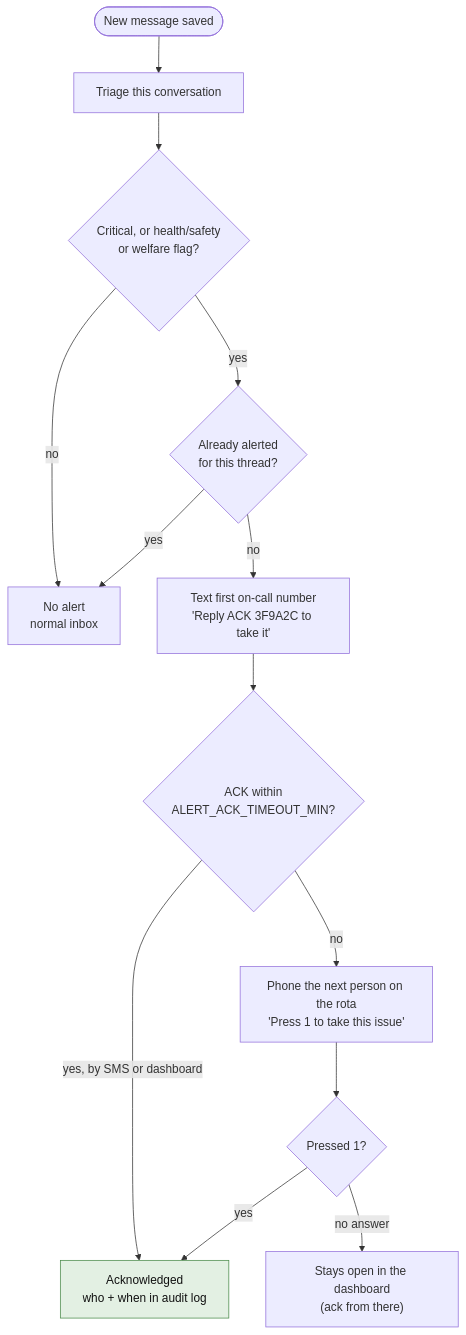
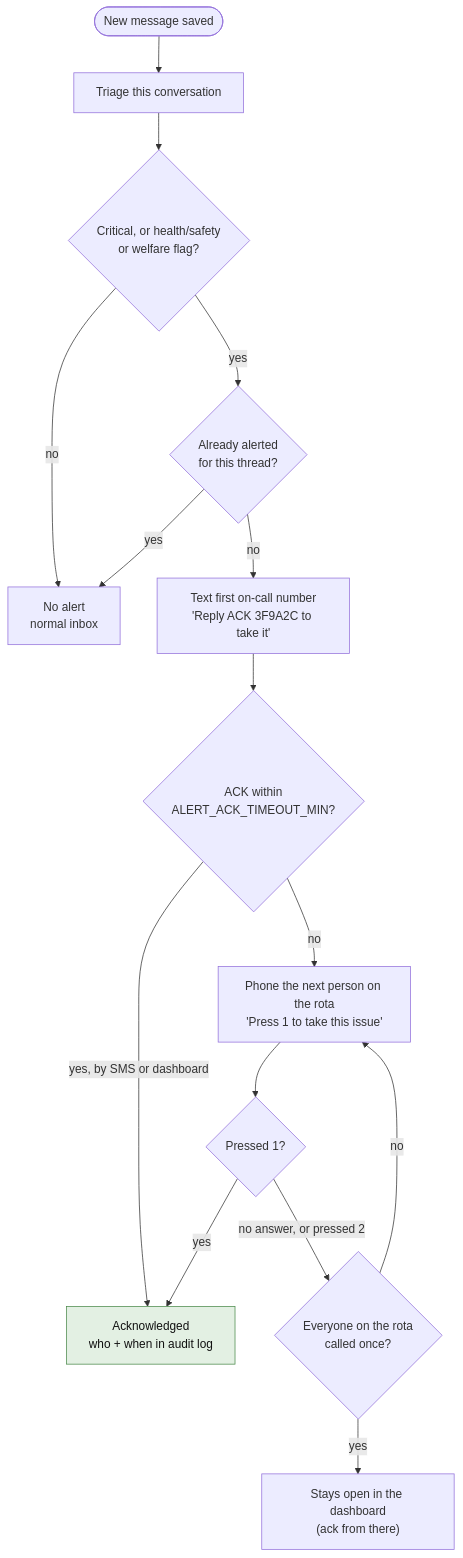
The fifth of 9 diagrams in README.md (KashishhKhann/Hearthline), drawn with Mermaid before and after one commit. The commit also changed other lines of this file and 7 other files, not shown here.

First line of the commit message:
Keep escalating round the on-call rota until someone answers

````diff
--- a/README.md
+++ b/README.md
@@ -166,17 +166,19 @@
 ```mermaid
 flowchart TD
     new(["New message saved"]) --> tri["Triage this conversation"]
     tri --> crit{"Critical, or health/safety<br/>or welfare flag?"}
     crit -->|no| none["No alert<br/>normal inbox"]
     crit -->|yes| dup{"Already alerted<br/>for this thread?"}
     dup -->|yes| none
     dup -->|no| text["Text first on-call number<br/>'Reply ACK 3F9A2C to take it'"]
     text --> ack{"ACK within<br/>ALERT_ACK_TIMEOUT_MIN?"}
     ack -->|yes, by SMS or dashboard| done["Acknowledged<br/>who + when in audit log"]
     ack -->|no| phonecall["Phone the next person on the rota<br/>'Press 1 to take this issue'"]
     phonecall --> press{"Pressed 1?"}
     press -->|yes| done
-    press -->|no answer| open["Stays open in the dashboard<br/>(ack from there)"]
+    press -->|"no answer, or pressed 2"| round{"Everyone on the rota<br/>called once?"}
+    round -->|no| phonecall
+    round -->|yes| open["Stays open in the dashboard<br/>(ack from there)"]
     classDef good fill:#e3f0e3,stroke:#4a8a4a,color:#111
     class done good
 ```
````
